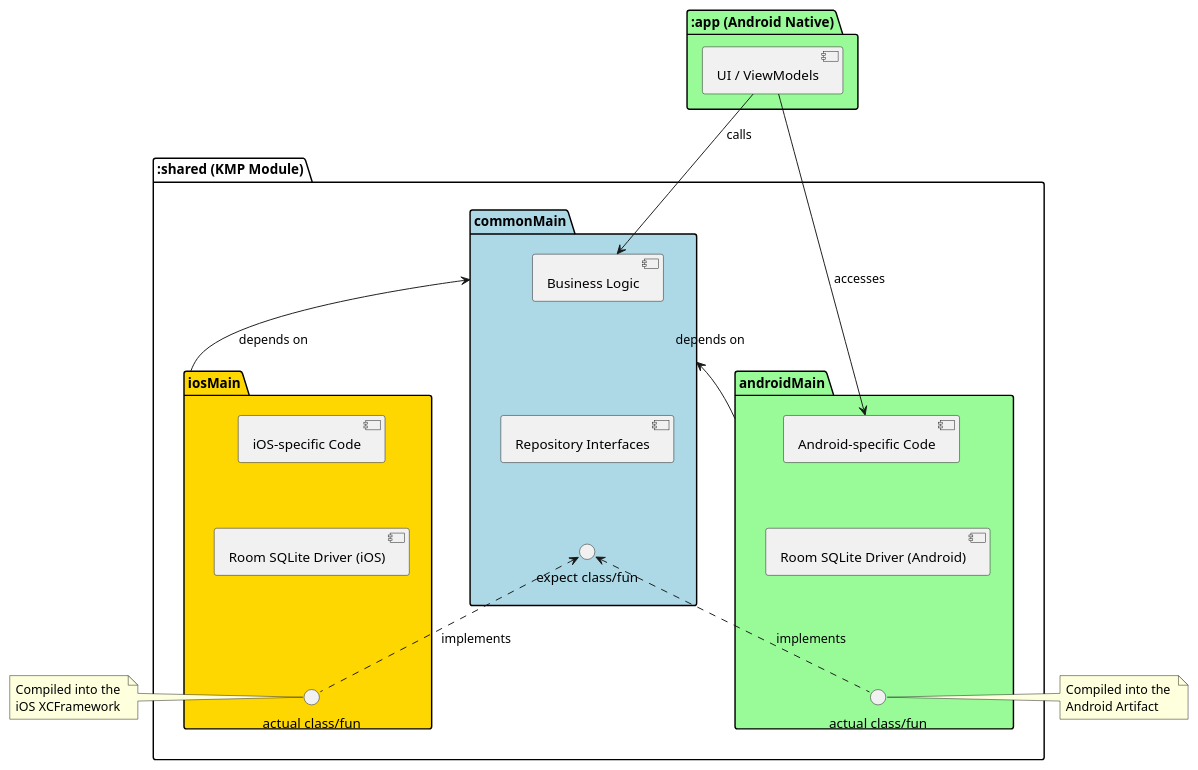
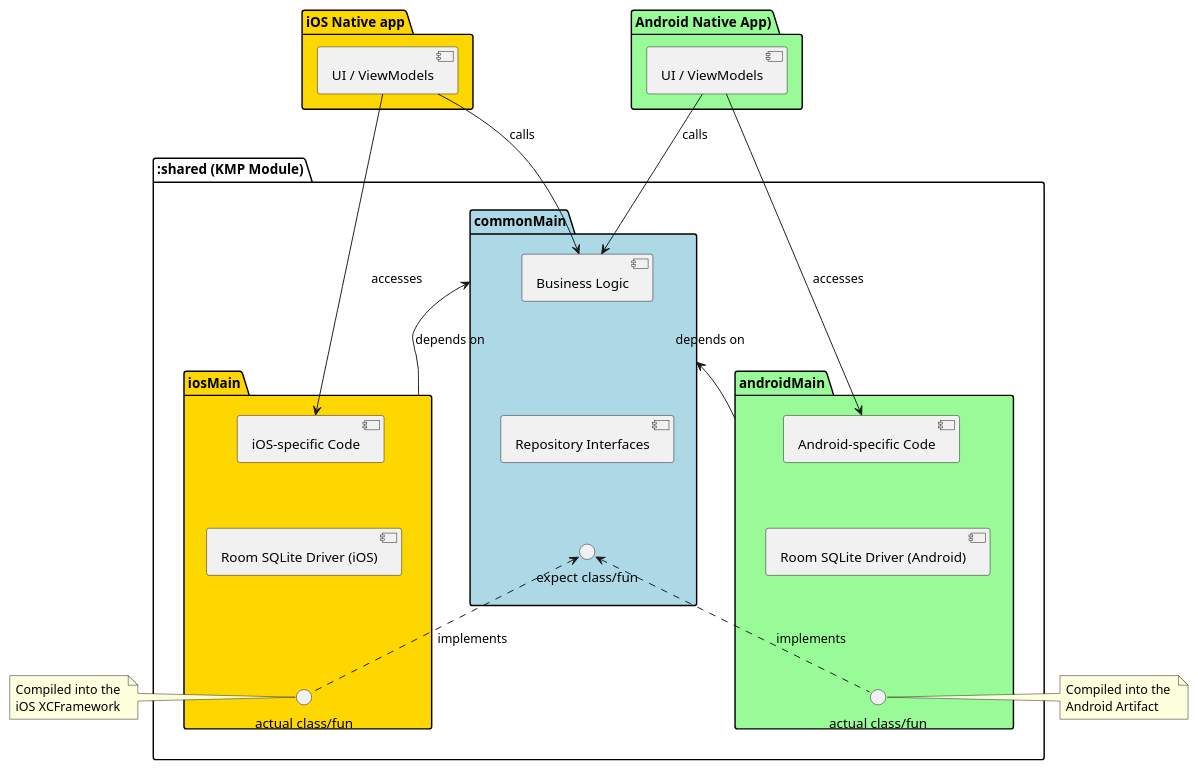
One commit to ovicristurean/Native-Android-to-KMP changed the second of 4 diagrams in README.md. Above: the diagram before and after it, drawn with PlantUML. The commit also changed 2 other files, not shown here.

Commit message:
update github actions to create release tag

````diff
--- a/README.md
+++ b/README.md
@@ -40,59 +40,66 @@
 ```plantuml
 @startuml
 skinparam componentStyle uml2
 
-package ":app (Android Native)" #PaleGreen {
+package "iOS Native app" #Gold {
+    [UI / ViewModels] as iOSAppUI
+}
+
+package "Android Native App)" #PaleGreen {
     [UI / ViewModels] as AppUI
 }
 
 package ":shared (KMP Module)" {
     folder "commonMain" #LightBlue {
         [Business Logic] as Logic
         [Repository Interfaces] as Repo
         interface "expect class/fun" as Expect
         
         Logic -[hidden]down-> Repo
         Repo -[hidden]down-> Expect
     }
 
     folder "androidMain" #PaleGreen {
         [Android-specific Code] as AndroidCode
         [Room SQLite Driver (Android)] as AndroidRoom
         interface "actual class/fun" as ActualA
         
         AndroidCode -[hidden]down-> AndroidRoom
         AndroidRoom -[hidden]down-> ActualA
     }
 
     folder "iosMain" #Gold {
         [iOS-specific Code] as iOSCode
         [Room SQLite Driver (iOS)] as iOSRoom
         interface "actual class/fun" as ActualI
         
         iOSCode -[hidden]down-> iOSRoom
         iOSRoom -[hidden]down-> ActualI
     }
 }
 
 ' Dependency relationships
 AppUI -down-> Logic : calls
 AppUI -down-> AndroidCode : accesses
 
+iOSAppUI -down-> Logic:calls
+iOSAppUI -down-> iOSCode : accesses
+
 ActualA .up.> Expect : implements
 ActualI .up.> Expect : implements
 
 androidMain -up-> commonMain : depends on
 iosMain -up-> commonMain : depends on
 
 note left of ActualI
   Compiled into the 
   iOS XCFramework
 end note
 
 note right of ActualA
   Compiled into the 
   Android Artifact
 end note
 
 @enduml
 ```
````
